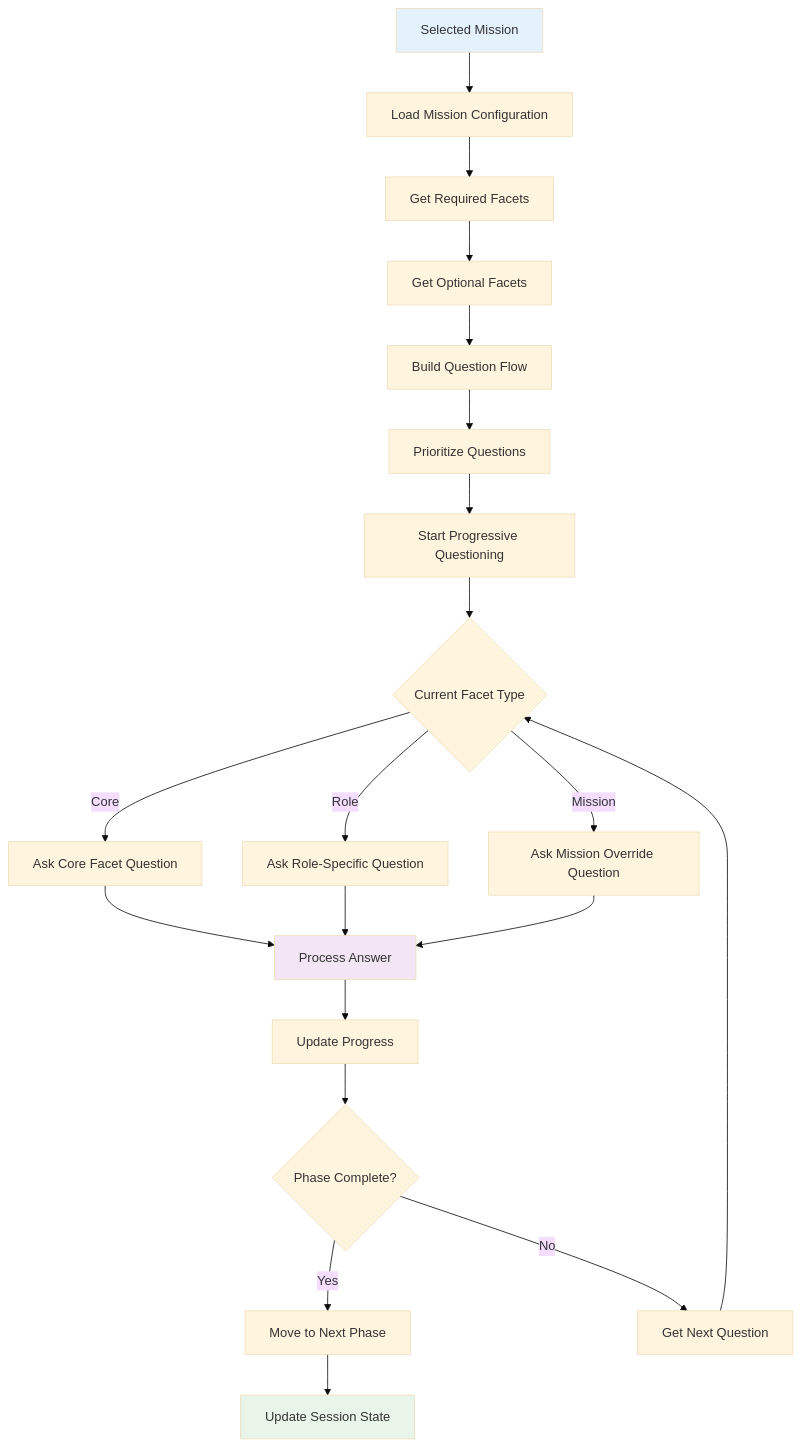
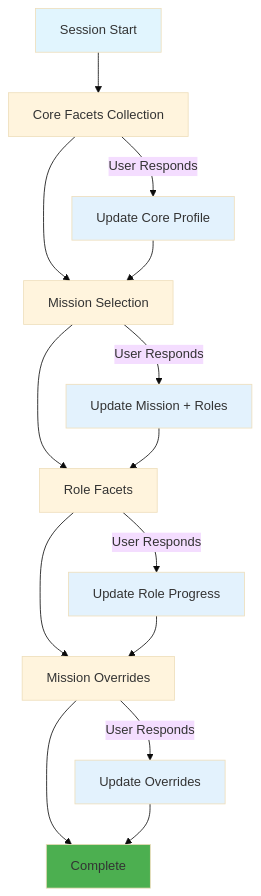
Before and after one commit to bilalAIDeveloper/new-feat-test: the fifth of 9 diagrams in README.md, drawn with Mermaid (base theme). The commit also changed other lines of this file, not shown here.

````diff
--- a/README.md
+++ b/README.md
@@ -95,25 +86,25 @@
 ```mermaid
 graph TD
-    A[Selected Mission] --> B[Load Mission Configuration]
-    B --> C[Get Required Facets]
-    C --> D[Get Optional Facets]
-    D --> E[Build Question Flow]
-    E --> F[Prioritize Questions]
-    F --> G[Start Progressive Questioning]
-    G --> H{Current Facet Type}
-    H -->|Core| I[Ask Core Facet Question]
-    H -->|Role| J[Ask Role-Specific Question]
-    H -->|Mission| K[Ask Mission Override Question]
-    I --> L[Process Answer]
-    J --> L
-    K --> L
-    L --> M[Update Progress]
-    M --> N{Phase Complete?}
-    N -->|Yes| O[Move to Next Phase]
-    N -->|No| P[Get Next Question]
-    O --> Q[Update Session State]
-    P --> H
-    style A fill:#e3f2fd
-    style Q fill:#e8f5e8
-    style L fill:#f3e5f5
+    A[Session Start] --> B[Core Facets Collection]
+    B --> C[Mission Selection]
+    C --> D[Role Facets]
+    D --> E[Mission Overrides]
+    E --> F[Complete]
+    
+    B -->|User Responds| G[Update Core Profile]
+    C -->|User Responds| H[Update Mission + Roles]
+    D -->|User Responds| I[Update Role Progress]
+    E -->|User Responds| J[Update Overrides]
+    
+    G --> C
+    H --> D
+    I --> E
+    J --> F
+    
+    style A fill:#e1f5fe
+    style F fill:#4caf50
+    style G fill:#e3f2fd
+    style H fill:#e3f2fd
+    style I fill:#e3f2fd
+    style J fill:#e3f2fd
 ```
````
